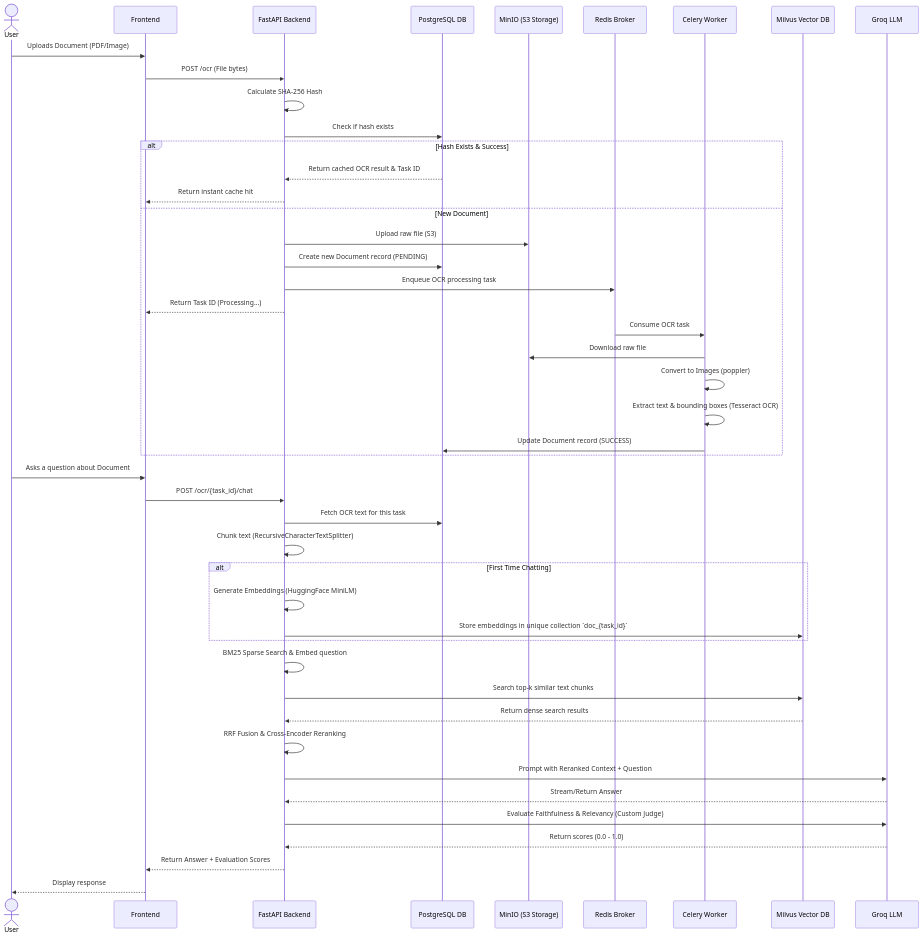
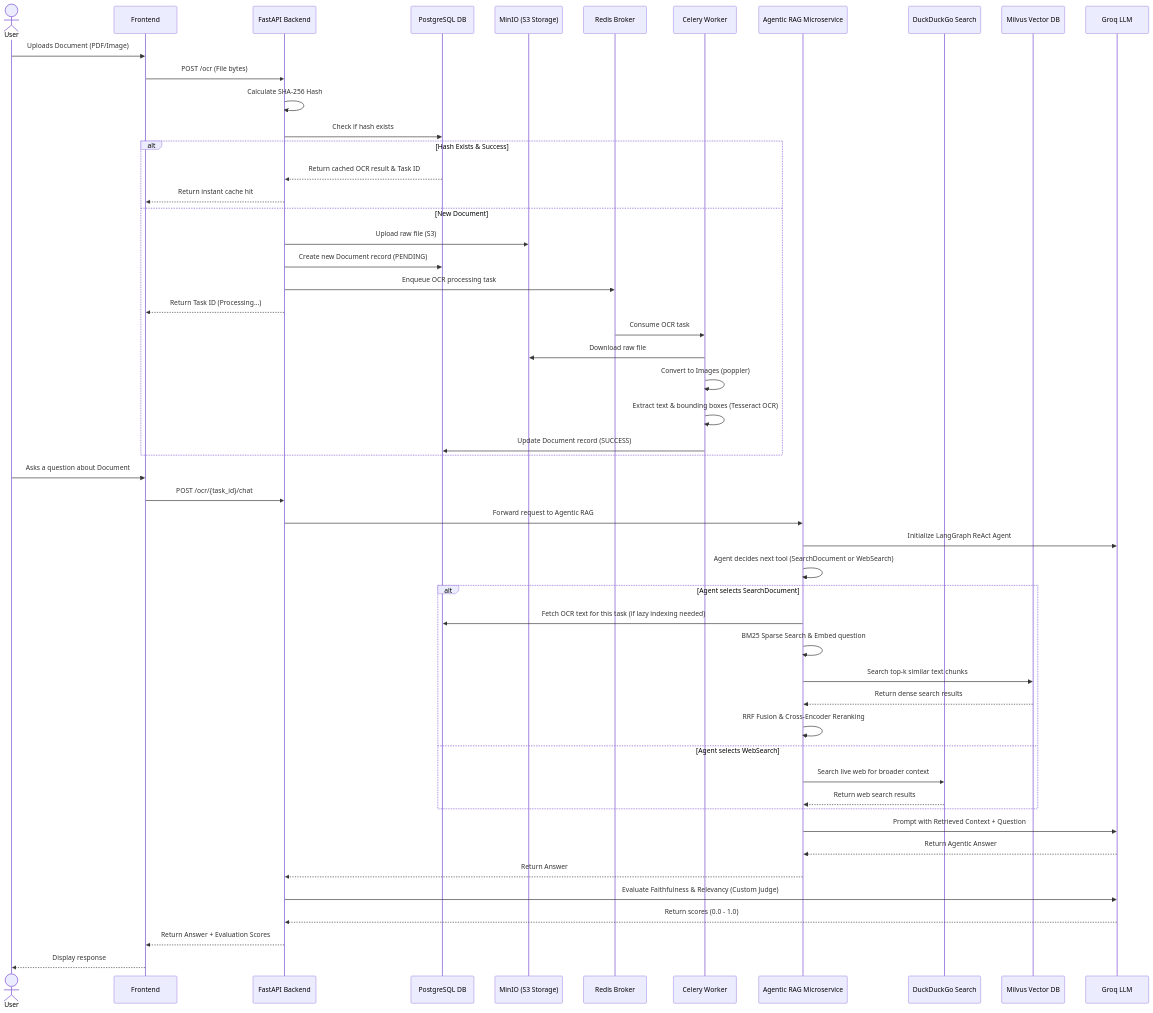
The diagram in README.md (Pradeep3072/OCR-Pipeline-New-workflow), drawn with Mermaid before and after one commit. The commit also changed other lines of this file and 8 other files, not shown here.

Commit message:
feat: integrate Agentic RAG service and update README

````diff
--- a/README.md
+++ b/README.md
@@ -11,60 +11,66 @@
 ```mermaid
 sequenceDiagram
     actor User
     participant Frontend
     participant API as FastAPI Backend
     participant Postgres as PostgreSQL DB
     participant MinIO as MinIO (S3 Storage)
     participant Redis as Redis Broker
     participant Worker as Celery Worker
+    participant AgentService as Agentic RAG Microservice
+    participant DDG as DuckDuckGo Search
     participant Milvus as Milvus Vector DB
     participant LLM as Groq LLM
 
     %% Document Upload Phase
     User->>Frontend: Uploads Document (PDF/Image)
     Frontend->>API: POST /ocr (File bytes)
     API->>API: Calculate SHA-256 Hash
     API->>Postgres: Check if hash exists
     alt Hash Exists & Success
         Postgres-->>API: Return cached OCR result & Task ID
         API-->>Frontend: Return instant cache hit
     else New Document
         API->>MinIO: Upload raw file (S3)
         API->>Postgres: Create new Document record (PENDING)
         API->>Redis: Enqueue OCR processing task
         API-->>Frontend: Return Task ID (Processing...)
         
         %% Background Processing Phase
         Redis->>Worker: Consume OCR task
         Worker->>MinIO: Download raw file
         Worker->>Worker: Convert to Images (poppler)
         Worker->>Worker: Extract text & bounding boxes (Tesseract OCR)
         Worker->>Postgres: Update Document record (SUCCESS)
     end
 
     %% Chat Phase
     User->>Frontend: Asks a question about Document
     Frontend->>API: POST /ocr/{task_id}/chat
-    API->>Postgres: Fetch OCR text for this task
-    API->>API: Chunk text (RecursiveCharacterTextSplitter)
+    API->>AgentService: Forward request to Agentic RAG
+    AgentService->>LLM: Initialize LangGraph ReAct Agent
     
-    %% Embedding Phase
-    alt First Time Chatting
-        API->>API: Generate Embeddings (HuggingFace MiniLM)
-        API->>Milvus: Store embeddings in unique collection `doc_{task_id}`
+    %% Agentic Decision Loop
+    AgentService->>AgentService: Agent decides next tool (SearchDocument or WebSearch)
+    
+    alt Agent selects SearchDocument
+        AgentService->>Postgres: Fetch OCR text for this task (if lazy indexing needed)
+        AgentService->>AgentService: BM25 Sparse Search & Embed question
+        AgentService->>Milvus: Search top-k similar text chunks
+        Milvus-->>AgentService: Return dense search results
+        AgentService->>AgentService: RRF Fusion & Cross-Encoder Reranking
+    else Agent selects WebSearch
+        AgentService->>DDG: Search live web for broader context
+        DDG-->>AgentService: Return web search results
     end
     
-    %% RAG Retrieval & Generation
-    API->>API: BM25 Sparse Search & Embed question
-    API->>Milvus: Search top-k similar text chunks
-    Milvus-->>API: Return dense search results
-    API->>API: RRF Fusion & Cross-Encoder Reranking
-    API->>LLM: Prompt with Reranked Context + Question
-    LLM-->>API: Stream/Return Answer
+    AgentService->>LLM: Prompt with Retrieved Context + Question
+    LLM-->>AgentService: Return Agentic Answer
+    AgentService-->>API: Return Answer
     
     %% Evaluation Phase
     API->>LLM: Evaluate Faithfulness & Relevancy (Custom Judge)
     LLM-->>API: Return scores (0.0 - 1.0)
     API-->>Frontend: Return Answer + Evaluation Scores
     Frontend-->>User: Display response
 ```
````
